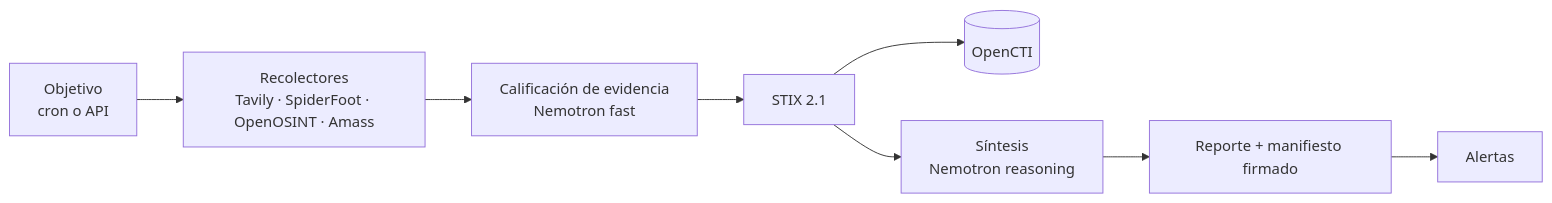
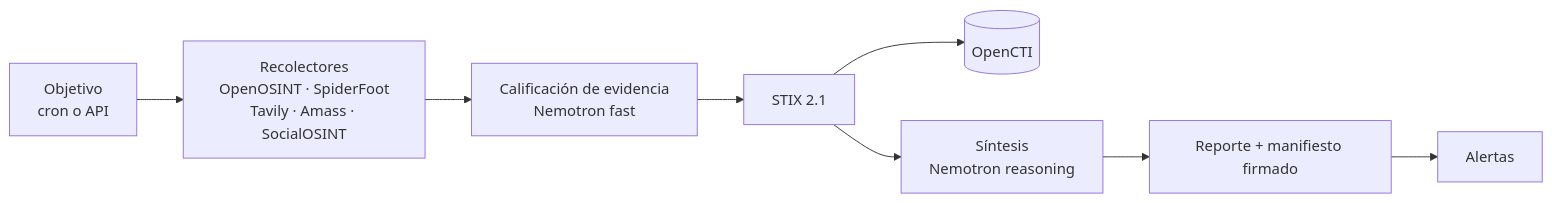
Before and after one commit to careb36/osint-orchestrator-oss: the diagram in README.es.md, drawn with Mermaid. The commit also changed other lines of this file and 7 other files, not shown here.

First line of the commit message:
docs: refresh the diagrams, the screenshots and the documentation index (#172)

````diff
--- a/README.es.md
+++ b/README.es.md
@@ -23,10 +23,10 @@
 ```mermaid
 flowchart LR
-    T[Objetivo<br/>cron o API] --> C[Recolectores<br/>Tavily · SpiderFoot · OpenOSINT · Amass]
+    T[Objetivo<br/>cron o API] --> C[Recolectores<br/>OpenOSINT · SpiderFoot<br/>Tavily · Amass · SocialOSINT]
     C --> Q[Calificación de evidencia<br/>Nemotron fast]
     Q --> N[STIX 2.1]
     N --> O[(OpenCTI)]
     N --> S[Síntesis<br/>Nemotron reasoning]
     S --> R[Reporte + manifiesto firmado]
     R --> A[Alertas]
 ```
````
